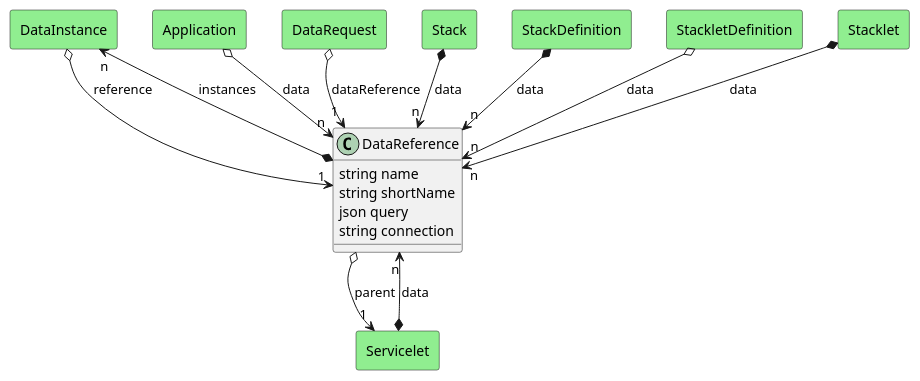
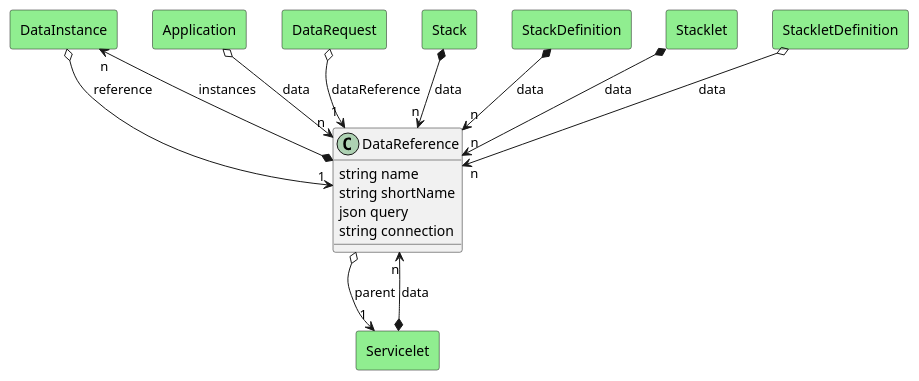
Before and after one commit to madajaju/edgemere: the diagram in docs/edgemere/diml/dml/models/datareference/logical.puml, drawn with PlantUML. The commit also changed other lines of this file and 72 other files, not shown here.

Commit message:
Added preliminary workflows the architecture

```diff
--- a/docs/edgemere/diml/dml/models/datareference/logical.puml
+++ b/docs/edgemere/diml/dml/models/datareference/logical.puml
@@ -1,67 +1,67 @@
 @startuml
 
 class "DataReference" as Model {
  string name
  string shortName
  json query
  string connection
 
  
 }
 
 rectangle "DataInstance" as DataInstance #lightblue {
 }
 
 Model *--> "n" DataInstance : instances
 
 
 rectangle "Servicelet" as Servicelet #lightblue {
 }
 
 Model o--> "1" Servicelet : parent
 
 
 
 
     rectangle "Application" as Application #lightgreen {
     }
     
         Application   o--> "n" Model : "data"
     
     rectangle "DataInstance" as DataInstance #lightgreen {
     }
     
         DataInstance   o--> "1" Model : "reference"
     
     rectangle "DataRequest" as DataRequest #lightgreen {
     }
     
         DataRequest   o--> "1" Model : "dataReference"
     
     rectangle "Servicelet" as Servicelet #lightgreen {
     }
     
         Servicelet   *--> "n" Model : "data"
     
     rectangle "Stack" as Stack #lightgreen {
     }
     
         Stack   *--> "n" Model : "data"
     
     rectangle "StackDefinition" as StackDefinition #lightgreen {
     }
     
         StackDefinition   *--> "n" Model : "data"
     
+    rectangle "Stacklet" as Stacklet #lightgreen {
+    }
+    
+        Stacklet   *--> "n" Model : "data"
+    
     rectangle "StackletDefinition" as StackletDefinition #lightgreen {
     }
     
         StackletDefinition   o--> "n" Model : "data"
     
-    rectangle "Stacklet" as Stacklet #lightgreen {
-    }
-    
-        Stacklet   *--> "n" Model : "data"
-    
 
 @enduml
```
